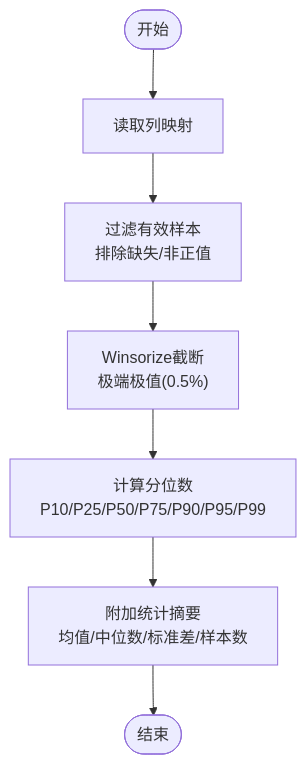
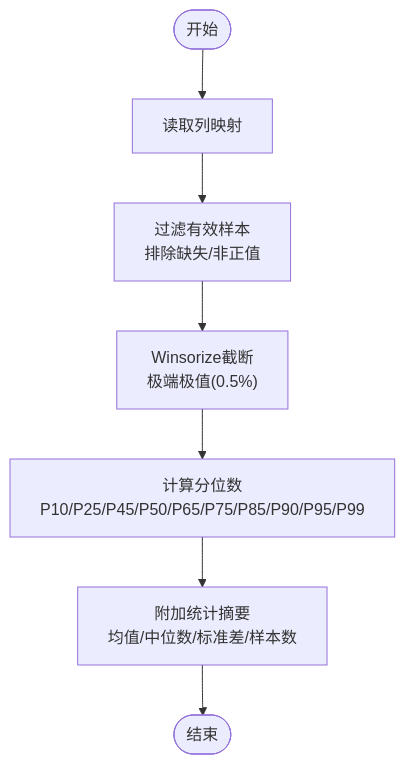
One commit to cr71111/User_characteristics_repo changed the third of 8 diagrams in .qoder/repowiki/zh/content/动态阈值系统.md. Above: the diagram before and after it, drawn with Mermaid. The commit also changed other lines of this file and 158 other files, not shown here.

````diff
--- a/.qoder/repowiki/zh/content/动态阈值系统.md
+++ b/.qoder/repowiki/zh/content/动态阈值系统.md
@@ -127,9 +134,9 @@
 ```mermaid
 flowchart TD
 Start(["开始"]) --> LoadCols["读取列映射"]
 LoadCols --> Filter["过滤有效样本<br/>排除缺失/非正值"]
 Filter --> Winsorize["Winsorize截断<br/>极端极值(0.5%)"]
-Winsorize --> Quantiles["计算分位数<br/>P10/P25/P50/P75/P90/P95/P99"]
+Winsorize --> Quantiles["计算分位数<br/>P10/P25/P45/P50/P65/P75/P85/P90/P95/P99"]
 Quantiles --> Stats["附加统计摘要<br/>均值/中位数/标准差/样本数"]
 Stats --> End(["结束"])
 ```
````
